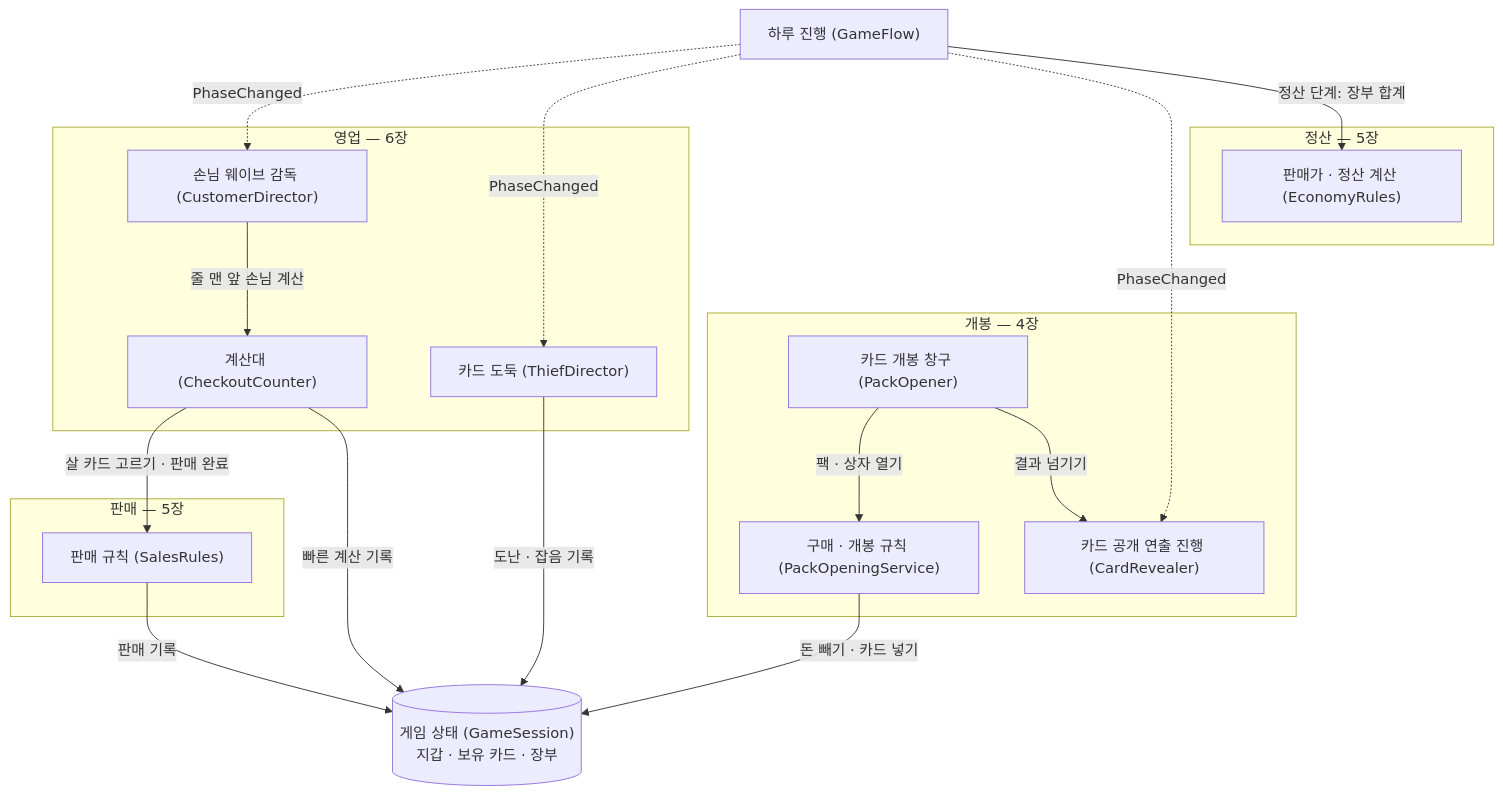
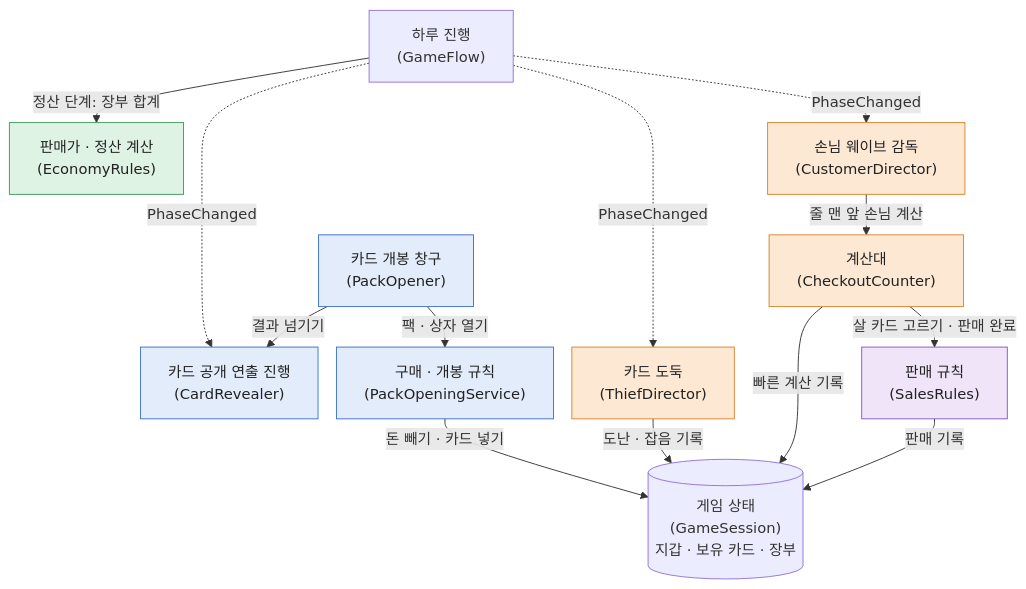
Before and after one commit to pinkshield/portfolio: the first of 5 diagrams in src/6-slime-cardshop-vr/기술문서.md, drawn with Mermaid. The commit also changed other lines of this file, not shown here.

Commit message:
슬라임 카드샵 VR 3-1: 구조 그림을 묶음 상자 4개(1585×833)에서 색 구분(1042×632)으로 바꿈 · 주황 영업 · 초록 정산 · 파랑 개봉 · 보라 판매 · 위 문단에 색 설명 · 상자 10개 · 화살표 12개 그대로라 화살표 근거 주석 유지 · 예전 그림은 숨김 주석(슬라이드 d-structure 8.4px → 11.1px, audit 0)

````diff
--- a/src/6-slime-cardshop-vr/기술문서.md
+++ b/src/6-slime-cardshop-vr/기술문서.md
@@ -123,34 +124,36 @@
 ```mermaid
+%%{init: {"flowchart": {"rankSpacing": 20, "nodeSpacing": 20}}}%%
 flowchart TB
-    F["하루 진행 (GameFlow)"]
-    subgraph S1["영업 — 6장"]
-        CD["손님 웨이브 감독 (CustomerDirector)"]
-        CC["계산대 (CheckoutCounter)"]
-        TD["카드 도둑 (ThiefDirector)"]
-    end
-    subgraph S2["정산 — 5장"]
-        ER["판매가 · 정산 계산 (EconomyRules)"]
-    end
-    subgraph S3["개봉 — 4장"]
-        PO["카드 개봉 창구 (PackOpener)"]
-        PS["구매 · 개봉 규칙 (PackOpeningService)"]
-        CR["카드 공개 연출 진행 (CardRevealer)"]
-    end
-    subgraph S4["판매 — 5장"]
-        SR["판매 규칙 (SalesRules)"]
-    end
-    GS[("게임 상태 (GameSession)<br/>지갑 · 보유 카드 · 장부")]
+    F["하루 진행<br/>(GameFlow)"]
+    CD["손님 웨이브 감독<br/>(CustomerDirector)"]
+    CC["계산대<br/>(CheckoutCounter)"]
+    TD["카드 도둑<br/>(ThiefDirector)"]
+    ER["판매가 · 정산 계산<br/>(EconomyRules)"]
+    PO["카드 개봉 창구<br/>(PackOpener)"]
+    PS["구매 · 개봉 규칙<br/>(PackOpeningService)"]
+    CR["카드 공개 연출 진행<br/>(CardRevealer)"]
+    SR["판매 규칙<br/>(SalesRules)"]
+    GS[("게임 상태<br/>(GameSession)<br/>지갑 · 보유 카드 · 장부")]
 
     F -.->|"PhaseChanged"| CD
     F -.->|"PhaseChanged"| TD
     F -.->|"PhaseChanged"| CR
     F -->|"정산 단계: 장부 합계"| ER
     CD -->|"줄 맨 앞 손님 계산"| CC
     CC -->|"살 카드 고르기 · 판매 완료"| SR
     PO -->|"팩 · 상자 열기"| PS
     PO -->|"결과 넘기기"| CR
     CC -->|"빠른 계산 기록"| GS
     TD -->|"도난 · 잡음 기록"| GS
     PS -->|"돈 빼기 · 카드 넣기"| GS
     SR -->|"판매 기록"| GS
+
+    classDef s1 fill:#fde8d4,stroke:#d9822b,color:#222
+    classDef s2 fill:#dff3e4,stroke:#3a9a5b,color:#222
+    classDef s3 fill:#e3ecfb,stroke:#3b6fc4,color:#222
+    classDef s4 fill:#efe4f8,stroke:#8a55b8,color:#222
+    class CD,CC,TD s1
+    class ER s2
+    class PO,PS,CR s3
+    class SR s4
 ```
````
